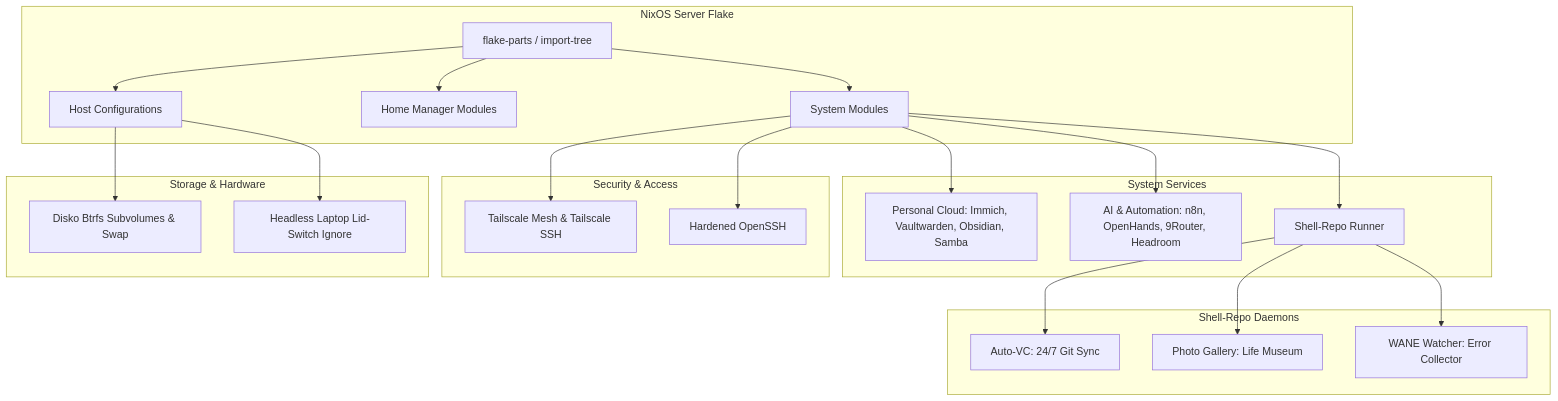
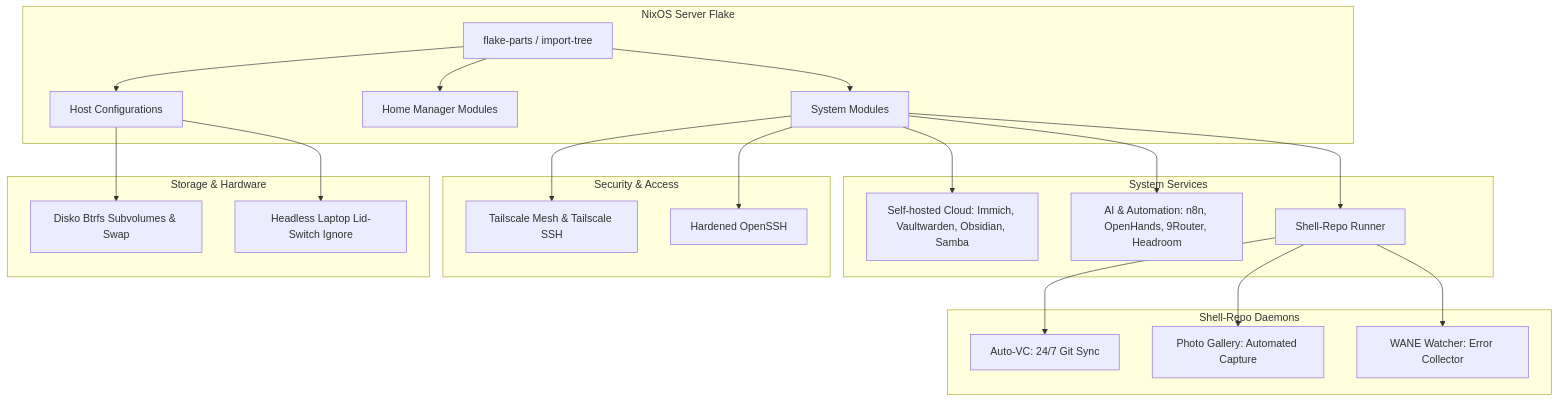
One commit to davindakhrisna/server-nix changed the diagram in README.md. Above: the diagram before and after it, drawn with Mermaid. The commit also changed other lines of this file and 32 other files, not shown here.

````diff
--- a/README.md
+++ b/README.md
@@ -14,30 +14,30 @@
 ```mermaid
 graph TD
     subgraph NixOS Server Flake
         FP[flake-parts / import-tree] --> NM[System Modules]
         FP --> HM[Home Manager Modules]
         FP --> Hosts[Host Configurations]
     end
 
     subgraph System Services
-        NM --> Cloud[Personal Cloud: Immich, Vaultwarden, Obsidian, Samba]
+        NM --> Cloud[Self-hosted Cloud: Immich, Vaultwarden, Obsidian, Samba]
         NM --> AI[AI & Automation: n8n, OpenHands, 9Router, Headroom]
         NM --> SR[Shell-Repo Runner]
     end
 
     subgraph Shell-Repo Daemons
         SR --> AVC[Auto-VC: 24/7 Git Sync]
-        SR --> PG[Photo Gallery: Life Museum]
+        SR --> PG[Photo Gallery: Automated Capture]
         SR --> WANE[WANE Watcher: Error Collector]
     end
 
     subgraph Security & Access
         NM --> TS[Tailscale Mesh & Tailscale SSH]
         NM --> SSH[Hardened OpenSSH]
     end
 
     subgraph Storage & Hardware
         Hosts --> Disko[Disko Btrfs Subvolumes & Swap]
         Hosts --> Laptop[Headless Laptop Lid-Switch Ignore]
     end
 ```
````
